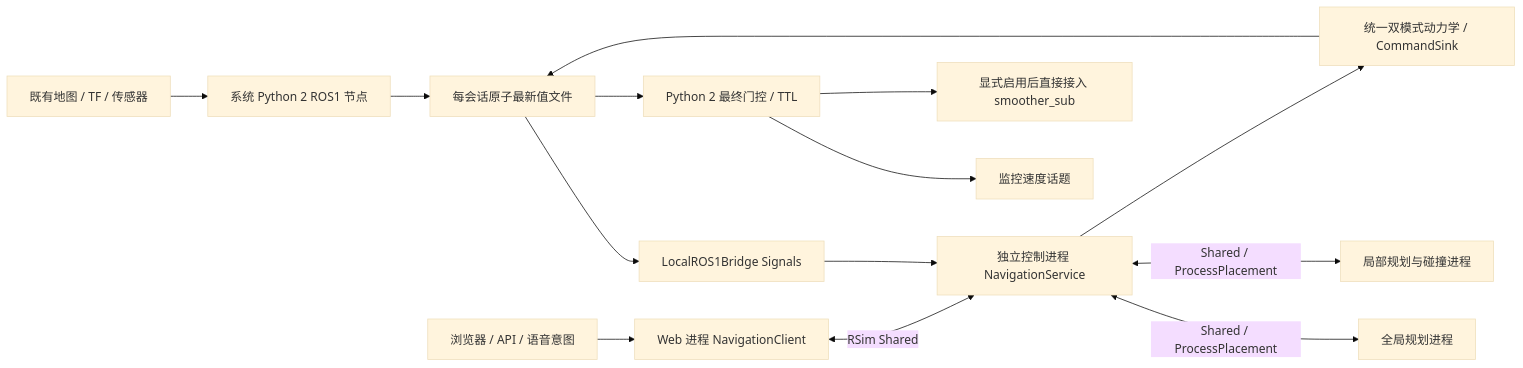
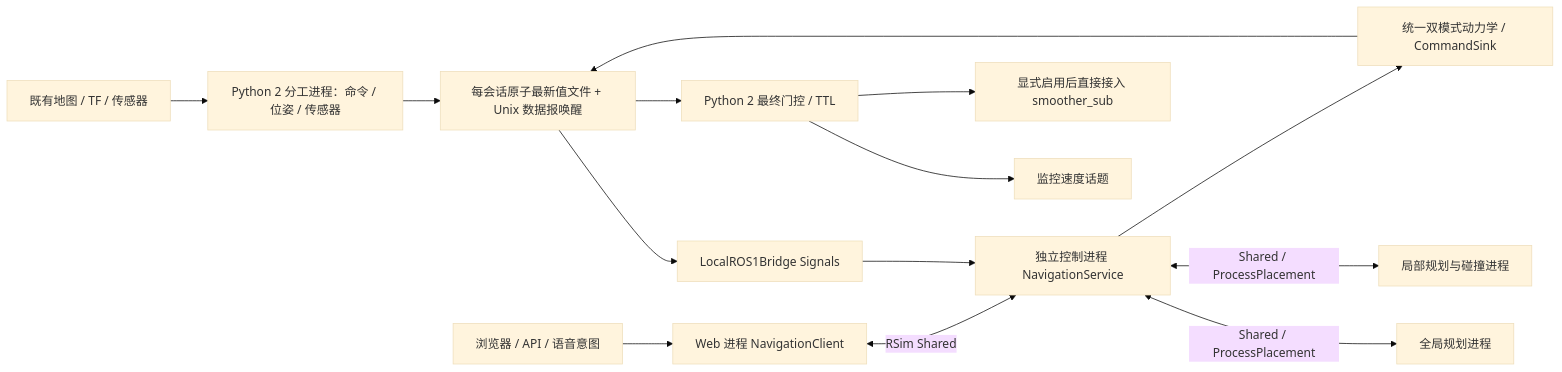
The diagram in docs/ros1-local-navigation.md (GrayFL/RSim), drawn with Mermaid (base theme) before and after one commit. The commit also changed other lines of this file and 45 other files, not shown here.

````diff
--- a/docs/ros1-local-navigation.md
+++ b/docs/ros1-local-navigation.md
@@ -27,16 +31,16 @@
 ```mermaid
 flowchart LR
-  ROS[既有地图 / TF / 传感器] --> P2[系统 Python 2 ROS1 节点]
-  P2 --> F[每会话原子最新值文件]
+  ROS[既有地图 / TF / 传感器] --> P2[Python 2 分工进程：命令 / 位姿 / 传感器]
+  P2 --> F[每会话原子最新值文件 + Unix 数据报唤醒]
   F --> B[LocalROS1Bridge Signals]
   B --> S[独立控制进程 NavigationService]
   W[浏览器 / API / 语音意图] --> WEB[Web 进程 NavigationClient]
   WEB <-->|RSim Shared| S
   S <-->|Shared / ProcessPlacement| GLOB[全局规划进程]
   S <-->|Shared / ProcessPlacement| LOC[局部规划与碰撞进程]
   S --> C[统一双模式动力学 / CommandSink]
   C --> F
   F --> G[Python 2 最终门控 / TTL]
   G --> M[监控速度话题]
   G --> H[显式启用后直接接入 smoother_sub]
 ```
````
